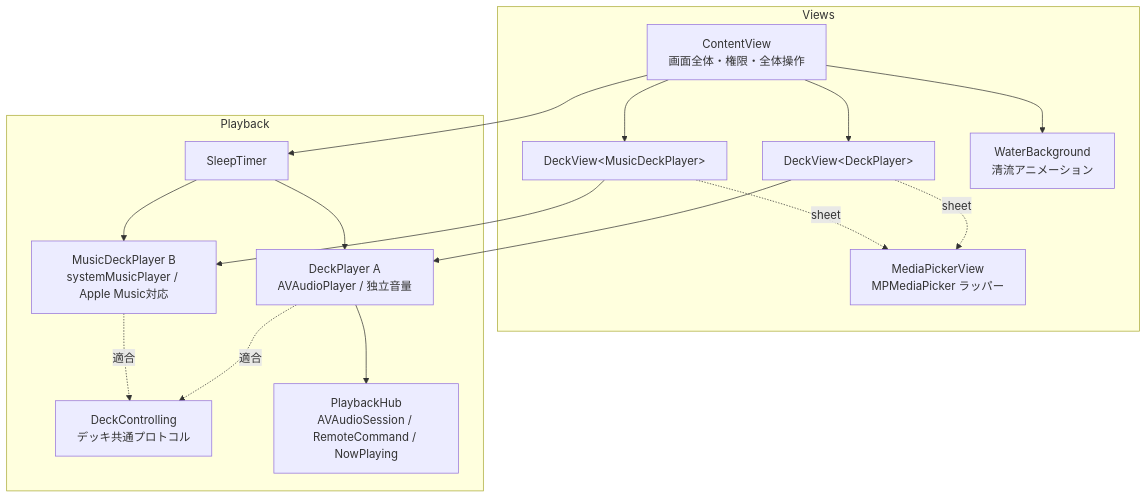
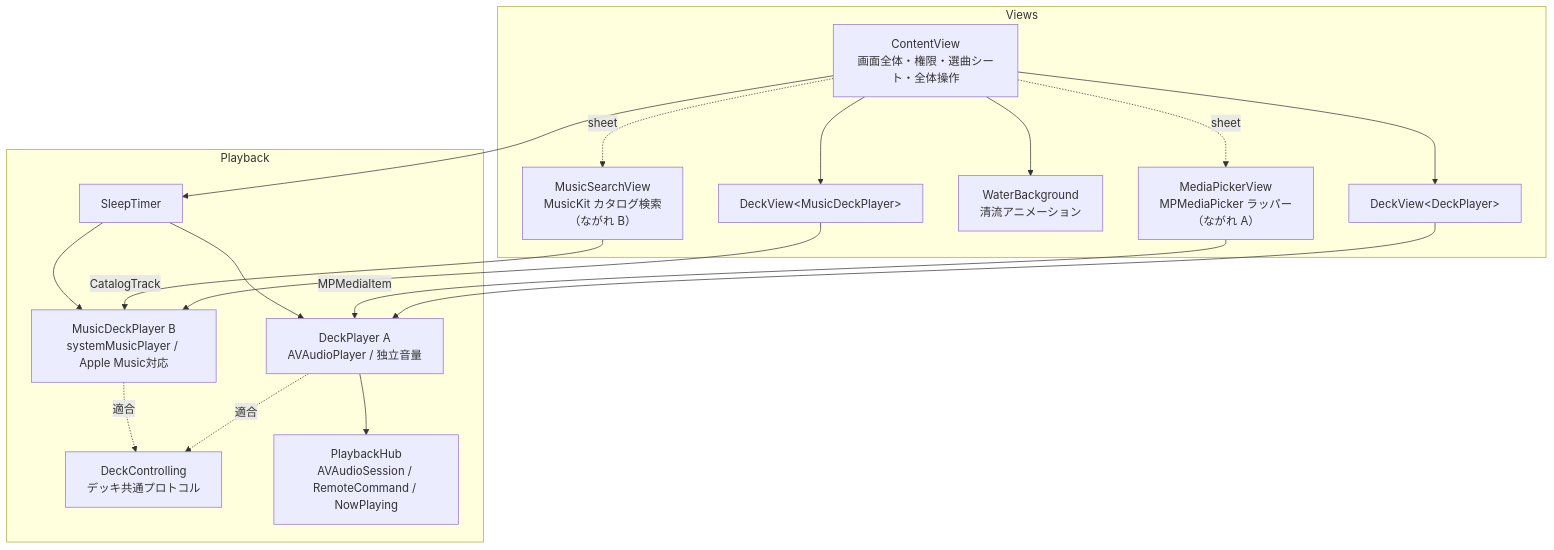
One commit to Amacass/home changed the diagram in seseragi/docs/ARCHITECTURE.md. Above: the diagram before and after it, drawn with Mermaid. The commit also changed other lines of this file and 9 other files, not shown here.

````diff
--- a/seseragi/docs/ARCHITECTURE.md
+++ b/seseragi/docs/ARCHITECTURE.md
@@ -7,28 +7,31 @@
 ```mermaid
 graph TD
     subgraph Views
-        CV[ContentView<br/>画面全体・権限・全体操作]
+        CV[ContentView<br/>画面全体・権限・選曲シート・全体操作]
         DV1[DeckView&lt;DeckPlayer&gt;]
         DV2[DeckView&lt;MusicDeckPlayer&gt;]
         WB[WaterBackground<br/>清流アニメーション]
-        MP[MediaPickerView<br/>MPMediaPicker ラッパー]
+        MP[MediaPickerView<br/>MPMediaPicker ラッパー<br/>（ながれ A）]
+        MS[MusicSearchView<br/>MusicKit カタログ検索<br/>（ながれ B）]
     end
     subgraph Playback
         PROTO[DeckControlling<br/>デッキ共通プロトコル]
         DA[DeckPlayer A<br/>AVAudioPlayer / 独立音量]
         DB[MusicDeckPlayer B<br/>systemMusicPlayer / Apple Music対応]
         HUB[PlaybackHub<br/>AVAudioSession / RemoteCommand / NowPlaying]
         ST[SleepTimer]
     end
     CV --> DV1 --> DA
     CV --> DV2 --> DB
     CV --> WB
-    DV1 -.sheet.-> MP
-    DV2 -.sheet.-> MP
+    CV -.sheet.-> MP
+    CV -.sheet.-> MS
+    MP -->|MPMediaItem| DA
+    MS -->|CatalogTrack| DB
     CV --> ST
     ST --> DA
     ST --> DB
     DA -.適合.-> PROTO
     DB -.適合.-> PROTO
     DA --> HUB
 ```
````
